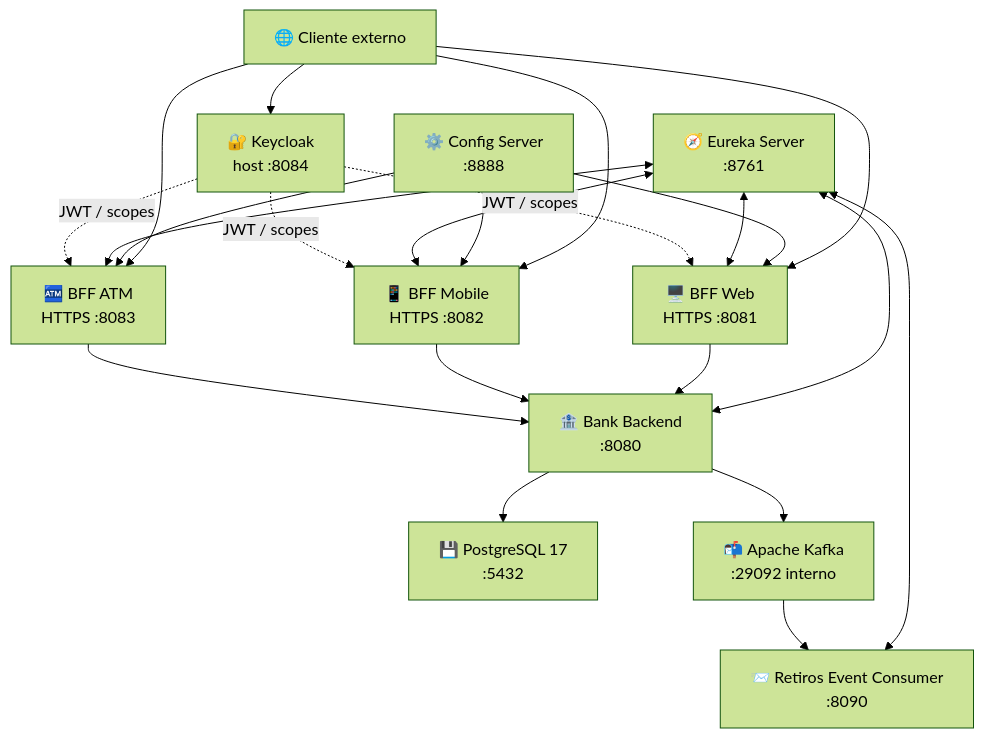
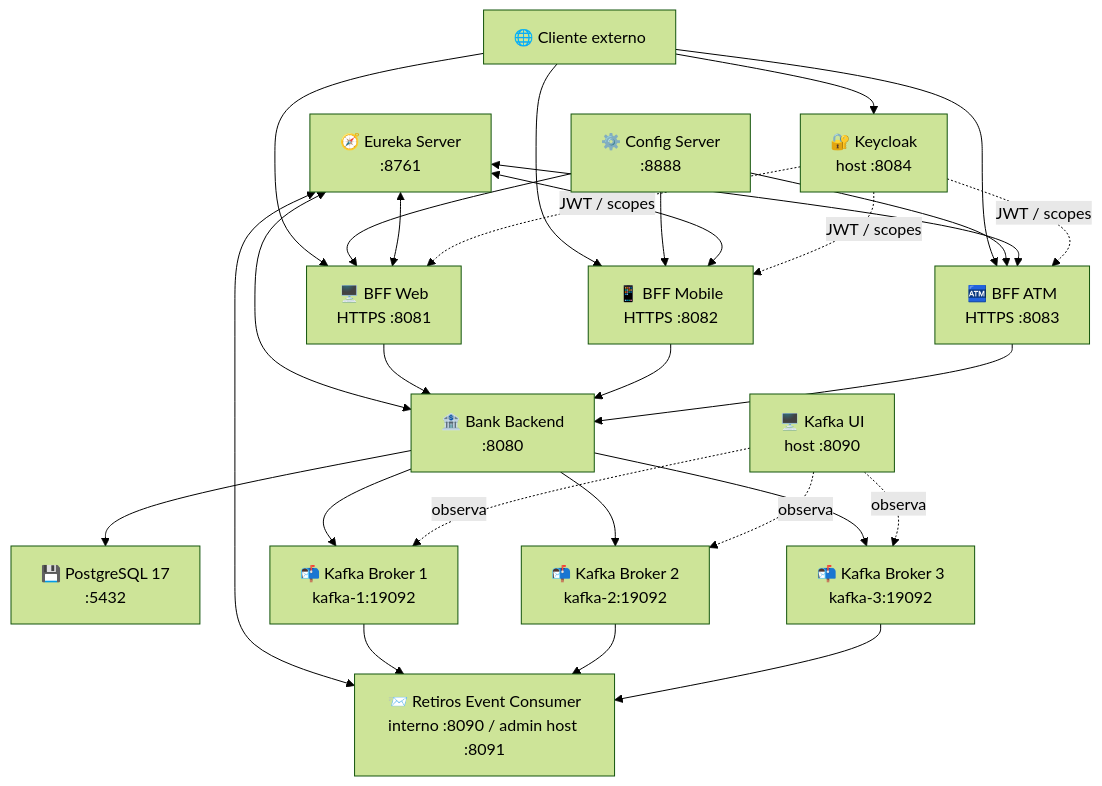
The first of 3 diagrams in README.md (LadyRed145/bancoxyzbatch), drawn with Mermaid (forest theme) before and after one commit. The commit also changed other lines of this file and 39 other files, not shown here.

````diff
--- a/README.md
+++ b/README.md
@@ -45,29 +45,36 @@
 ```mermaid
 flowchart TB
     EXT["🌐 Cliente externo"] --> KC["🔐 Keycloak<br/>host :8084"]
     EXT --> WEB["🖥️ BFF Web<br/>HTTPS :8081"]
     EXT --> MOB["📱 BFF Mobile<br/>HTTPS :8082"]
     EXT --> ATM["🏧 BFF ATM<br/>HTTPS :8083"]
 
     CFG["⚙️ Config Server<br/>:8888"] --> WEB
     CFG --> MOB
     CFG --> ATM
 
     EUREKA["🧭 Eureka Server<br/>:8761"] <--> WEB
     EUREKA <--> MOB
     EUREKA <--> ATM
     EUREKA <--> BACK["🏦 Bank Backend<br/>:8080"]
-    EUREKA <--> CONSUMER["📨 Retiros Event Consumer<br/>:8090"]
+    EUREKA <--> CONSUMER["📨 Retiros Event Consumer<br/>interno :8090 / admin host :8091"]
 
     WEB --> BACK
     MOB --> BACK
     ATM --> BACK
 
     BACK --> DB["💾 PostgreSQL 17<br/>:5432"]
-    BACK --> KAFKA["📬 Apache Kafka<br/>:29092 interno"]
-    KAFKA --> CONSUMER
+    BACK --> K1["📬 Kafka Broker 1<br/>kafka-1:19092"]
+    BACK --> K2["📬 Kafka Broker 2<br/>kafka-2:19092"]
+    BACK --> K3["📬 Kafka Broker 3<br/>kafka-3:19092"]
+    K1 --> CONSUMER
+    K2 --> CONSUMER
+    K3 --> CONSUMER
+    KUI["🖥️ Kafka UI<br/>host :8090"] -. observa .-> K1
+    KUI -. observa .-> K2
+    KUI -. observa .-> K3
 
     KC -. JWT / scopes .-> WEB
     KC -. JWT / scopes .-> MOB
     KC -. JWT / scopes .-> ATM
 ```
````
